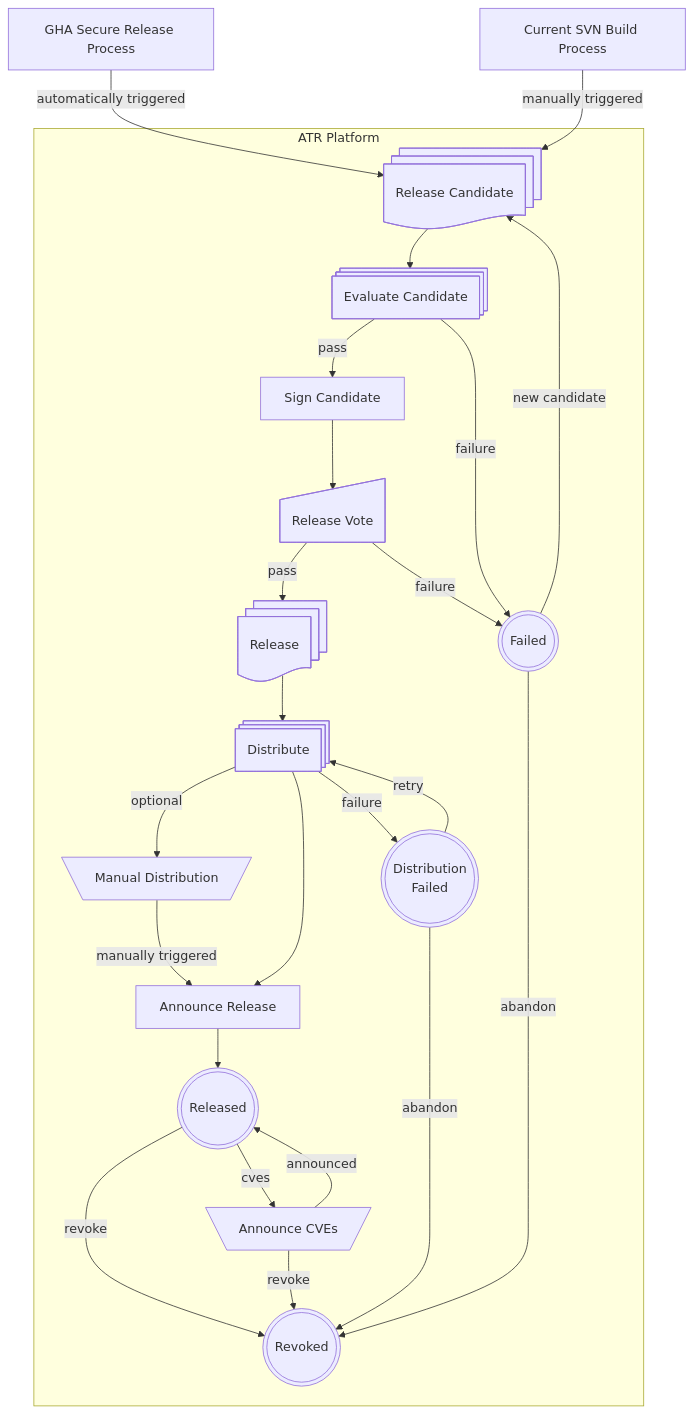
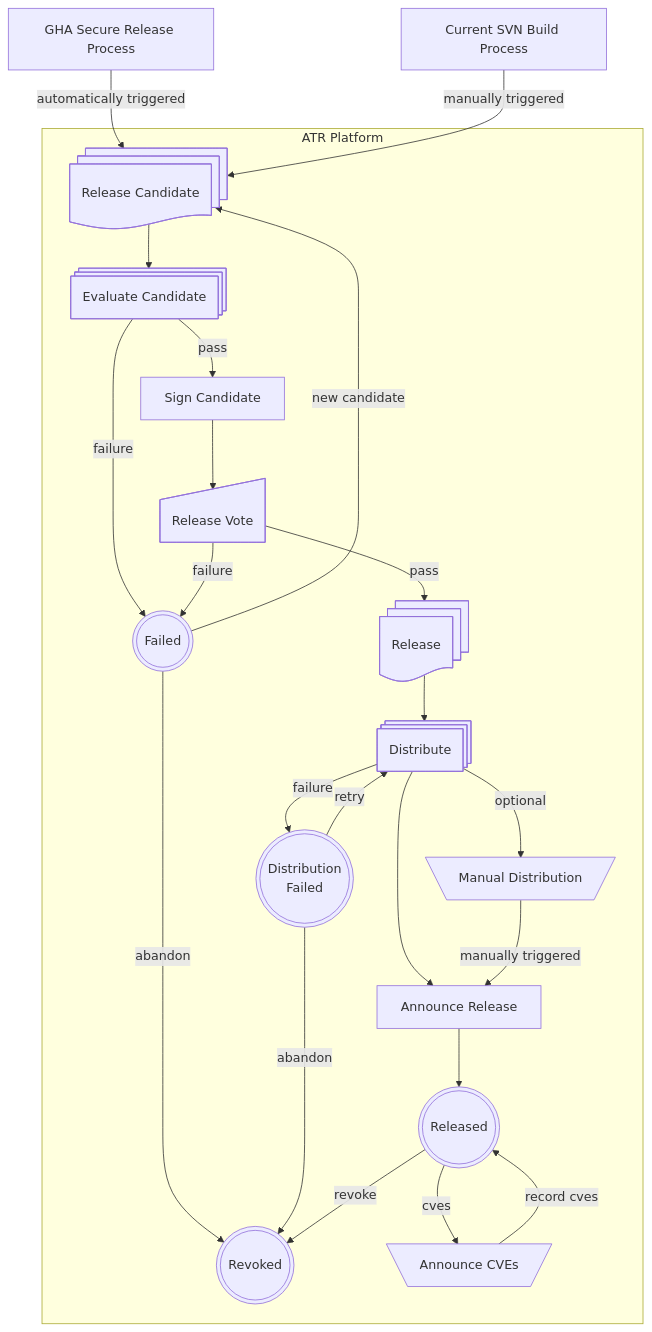
One commit to jbampton/tooling-docs changed the diagram in apache-trusted-release/lifecycle.md. Above: the diagram before and after it, drawn with Mermaid. The commit also changed other lines of this file, not shown here.

Commit message:
Update Lifecycle Diagram

````diff
--- a/apache-trusted-release/lifecycle.md
+++ b/apache-trusted-release/lifecycle.md
@@ -3,42 +3,41 @@
 ```mermaid
 flowchart TD
     A[GHA Secure Release Process]
     B[Current SVN Build Process]
     C@{ shape: docs, label: "Release Candidate" }
     A -->|automatically triggered| C
     B -->|manually triggered| C
     subgraph ATR Platform
     D@{ shape: processes, label: "Evaluate Candidate" }
+    C --> D
     DD@{ shape: process, label: "Sign Candidate" }
-    C --> D
+    D -->|pass| DD
     E@{ shape: sl-rect, label: "Release Vote" }
+    JJ@{ shape: docs, label: "Release" }
+    E -->|pass| JJ
     F@{ shape: dbl-circ, label: "Failed" }
+    D -->|failure| F
+    E -->|failure| F
     FF@{ shape: dbl-circ, label: "Distribution\nFailed" }
-    D -->|pass| DD
     DD --> E
-    D -->|failure| F
     F -->|new candidate| C
     F -->|abandon| K
     FF -->|retry| G
     FF -->|abandon| K
     G@{ shape: processes, label: "Distribute" }
-    E -->|pass| JJ
-    E -->|failure| F
     H@{ shape: trap-t, label: "Manual Distribution" }
     G -->|optional| H
     I[Announce Release]
     G --> I
     G -->|failure| FF
     H -->|manually triggered| I
     J@{ shape: dbl-circ, label: "Released" }
-    JJ@{ shape: docs, label: "Release" }
     JJ --> G
     I --> J
     K@{ shape: dbl-circ, label: "Revoked" }
     L@{ shape: trap-t, label: "Announce CVEs" }
     J -->|revoke| K
     J -->|cves| L
-    L -->|announced| J
-    L -->|revoke| K
+    L -->|record cves| J
     end
 ```
````
